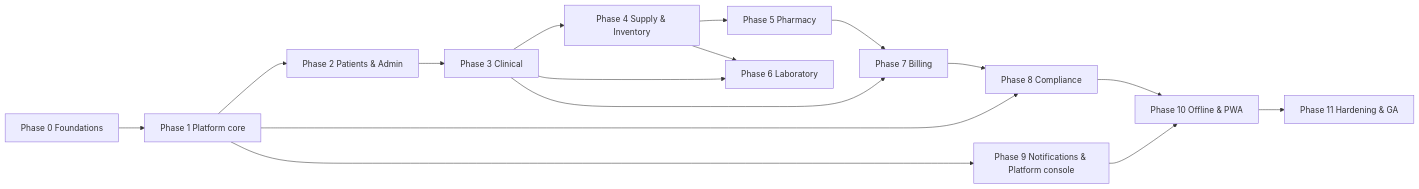
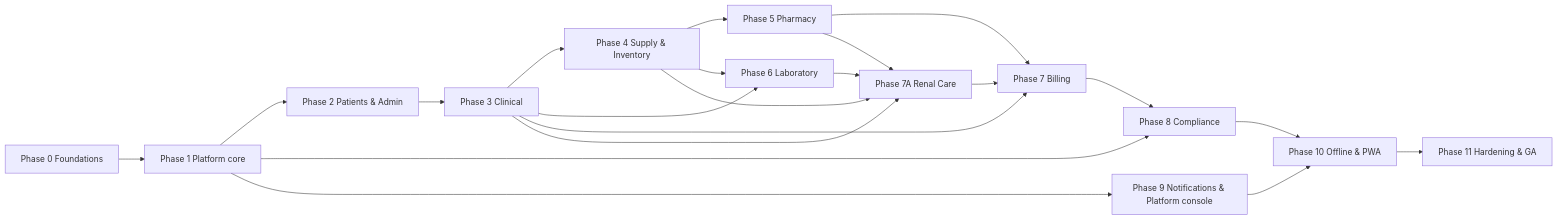
One commit to pagarigank/clinic changed the diagram in todo.md. Above: the diagram before and after it, drawn with Mermaid. The commit also changed other lines of this file and 53 other files, not shown here.

First line of the commit message:
feat(renal): Phase 7A renal care module, hardening, and RBAC permissions integration

````diff
--- a/todo.md
+++ b/todo.md
@@ -68,18 +69,23 @@
 ```mermaid
 flowchart LR
   P0[Phase 0 Foundations] --> P1[Phase 1 Platform core]
   P1 --> P2[Phase 2 Patients & Admin]
   P2 --> P3[Phase 3 Clinical]
   P3 --> P4[Phase 4 Supply & Inventory]
   P4 --> P5[Phase 5 Pharmacy]
   P3 --> P6[Phase 6 Laboratory]
   P4 --> P6
   P3 --> P7[Phase 7 Billing]
   P5 --> P7
+  P3 --> P7A[Phase 7A Renal Care]
+  P4 --> P7A
+  P5 --> P7A
+  P6 --> P7A
+  P7A --> P7
   P1 --> P8[Phase 8 Compliance]
   P7 --> P8
   P1 --> P9[Phase 9 Notifications & Platform console]
   P8 --> P10[Phase 10 Offline & PWA]
   P9 --> P10
   P10 --> P11[Phase 11 Hardening & GA]
 ```
````
